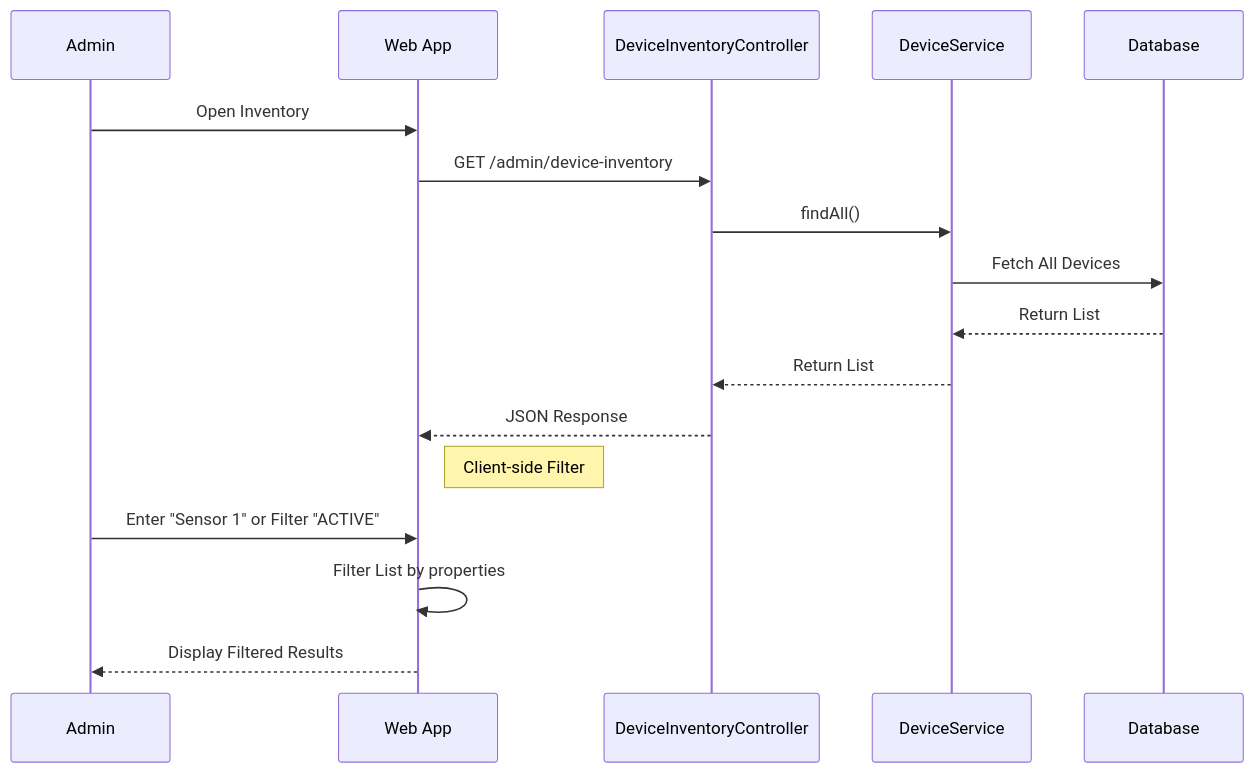
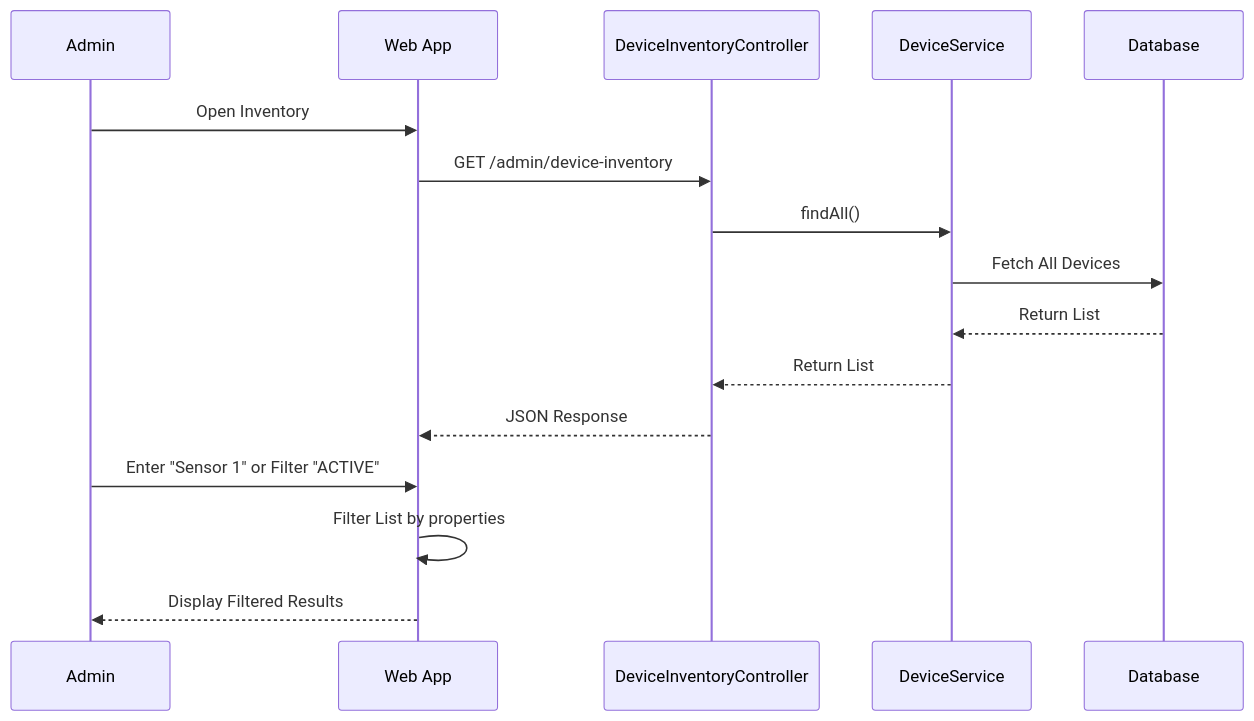
One commit to duong4444/agribot-dev changed the second of 5 diagrams in DOC-TTCS/admin_device_management_docs.md. Above: the diagram before and after it, drawn with Mermaid. The commit also changed other lines of this file and 10 other files, not shown here.

````diff
--- a/DOC-TTCS/admin_device_management_docs.md
+++ b/DOC-TTCS/admin_device_management_docs.md
@@ -93,21 +93,20 @@
 ```mermaid
 sequenceDiagram
     participant A as Admin
     participant FE as Web App
     participant CTL as DeviceInventoryController
     participant SVC as DeviceService
     participant DB as Database
 
     A->>FE: Open Inventory
     FE->>CTL: GET /admin/device-inventory
     CTL->>SVC: findAll()
     SVC->>DB: Fetch All Devices
     DB-->>SVC: Return List
     SVC-->>CTL: Return List
     CTL-->>FE: JSON Response
     
-    note right of FE: Client-side Filter
     A->>FE: Enter "Sensor 1" or Filter "ACTIVE"
     FE->>FE: Filter List by properties
     FE-->>A: Display Filtered Results
 ```
````
